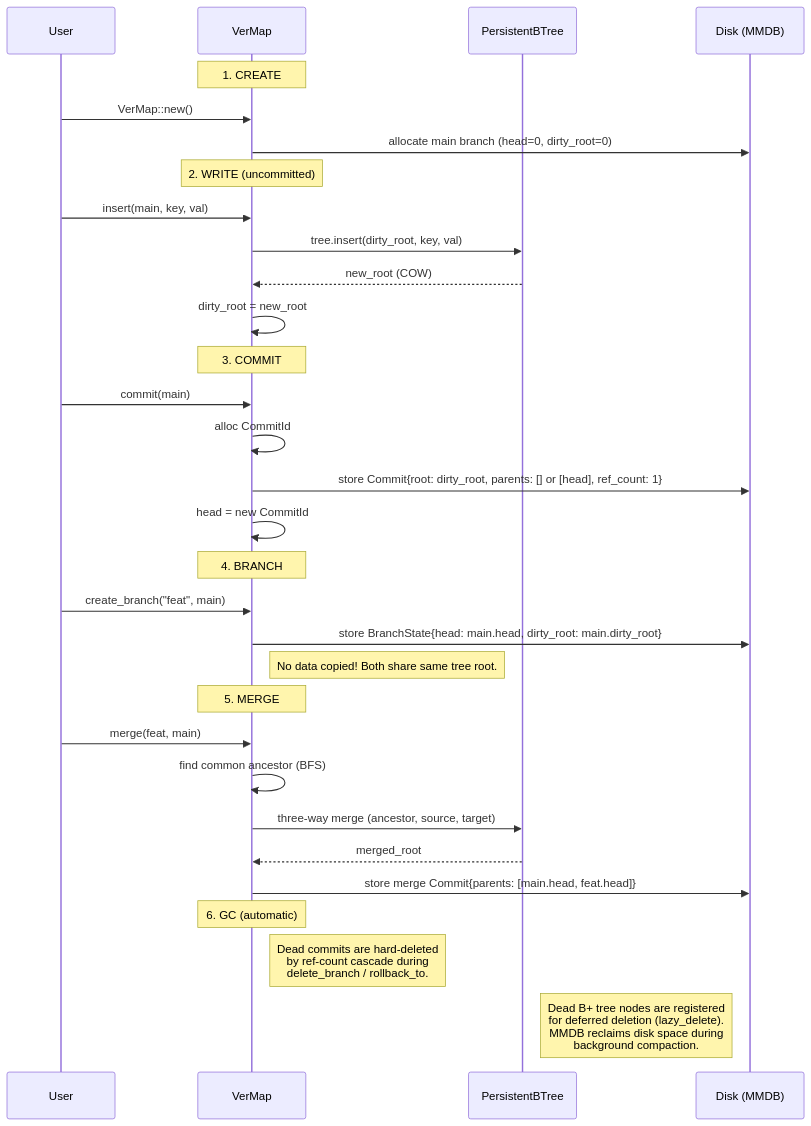
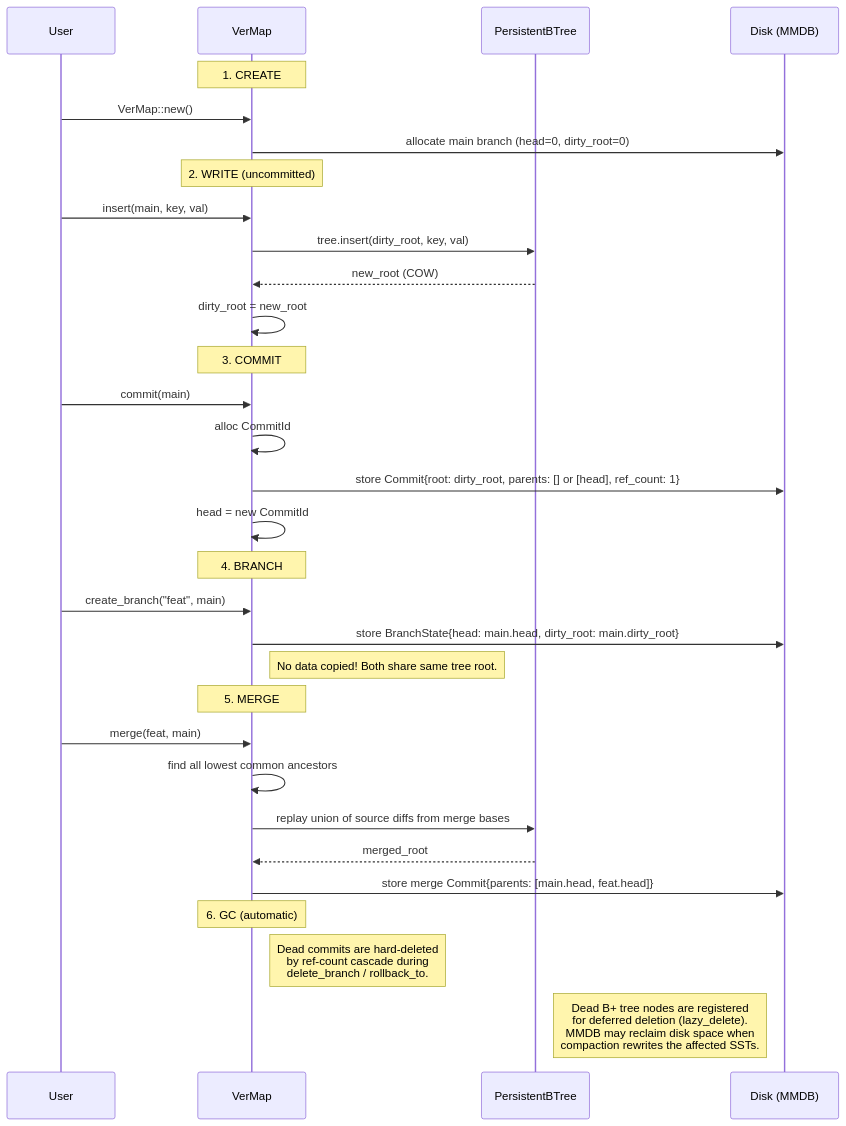
Before and after one commit to rust-util-collections/vsdb: the fifth of 18 diagrams in strata/docs/versioned.md, drawn with Mermaid. The commit also changed other lines of this file and 36 other files, not shown here.

````diff
--- a/strata/docs/versioned.md
+++ b/strata/docs/versioned.md
@@ -154,39 +157,39 @@
 ```mermaid
 sequenceDiagram
     participant U as User
     participant V as VerMap
     participant T as PersistentBTree
     participant D as Disk (MMDB)
 
     Note over V: 1. CREATE
     U->>V: VerMap::new()
     V->>D: allocate main branch (head=0, dirty_root=0)
 
     Note over V: 2. WRITE (uncommitted)
     U->>V: insert(main, key, val)
     V->>T: tree.insert(dirty_root, key, val)
     T-->>V: new_root (COW)
     V->>V: dirty_root = new_root
 
     Note over V: 3. COMMIT
     U->>V: commit(main)
     V->>V: alloc CommitId
     V->>D: store Commit{root: dirty_root, parents: [] or [head], ref_count: 1}
     V->>V: head = new CommitId
 
     Note over V: 4. BRANCH
     U->>V: create_branch("feat", main)
     V->>D: store BranchState{head: main.head, dirty_root: main.dirty_root}
     Note right of V: No data copied! Both share same tree root.
 
     Note over V: 5. MERGE
     U->>V: merge(feat, main)
-    V->>V: find common ancestor (BFS)
-    V->>T: three-way merge (ancestor, source, target)
+    V->>V: find all lowest common ancestors
+    V->>T: replay union of source diffs from merge bases
     T-->>V: merged_root
     V->>D: store merge Commit{parents: [main.head, feat.head]}
 
     Note over V: 6. GC (automatic)
     Note right of V: Dead commits are hard-deleted<br/>by ref-count cascade during<br/>delete_branch / rollback_to.
-    Note right of T: Dead B+ tree nodes are registered<br/>for deferred deletion (lazy_delete).<br/>MMDB reclaims disk space during<br/>background compaction.
+    Note right of T: Dead B+ tree nodes are registered<br/>for deferred deletion (lazy_delete).<br/>MMDB may reclaim disk space when<br/>compaction rewrites the affected SSTs.
 ```
````
